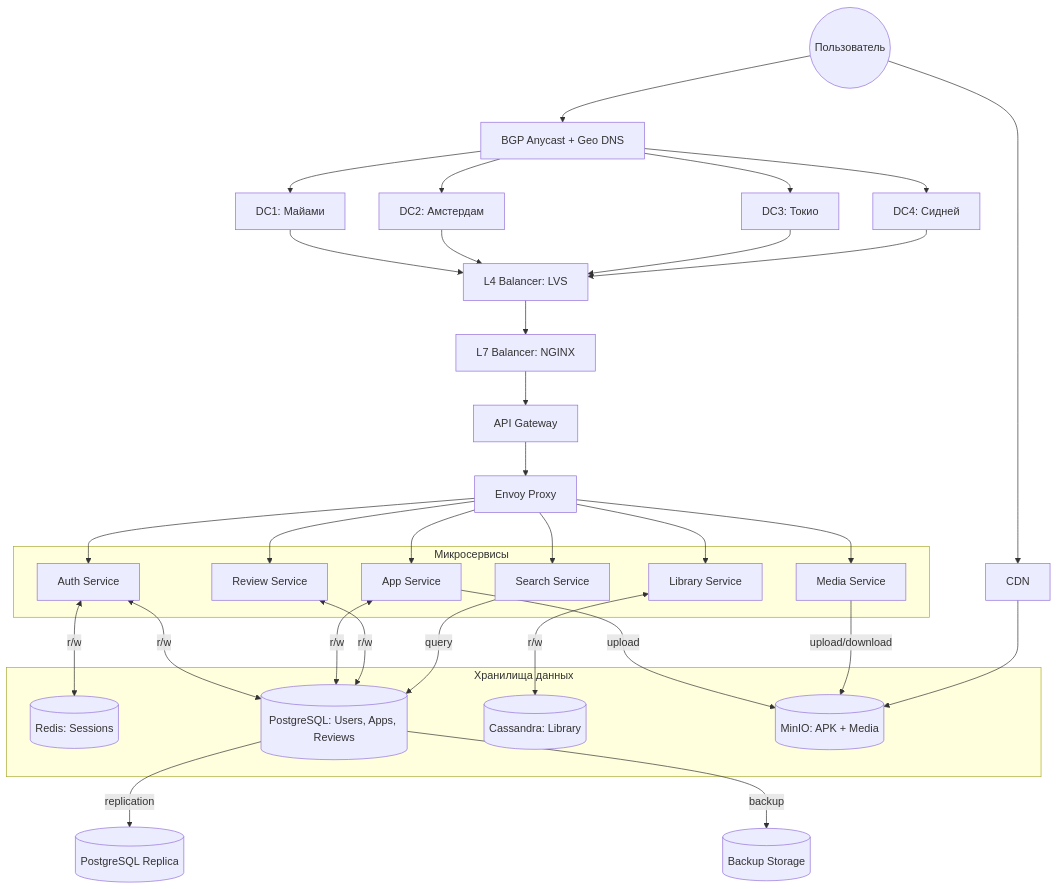
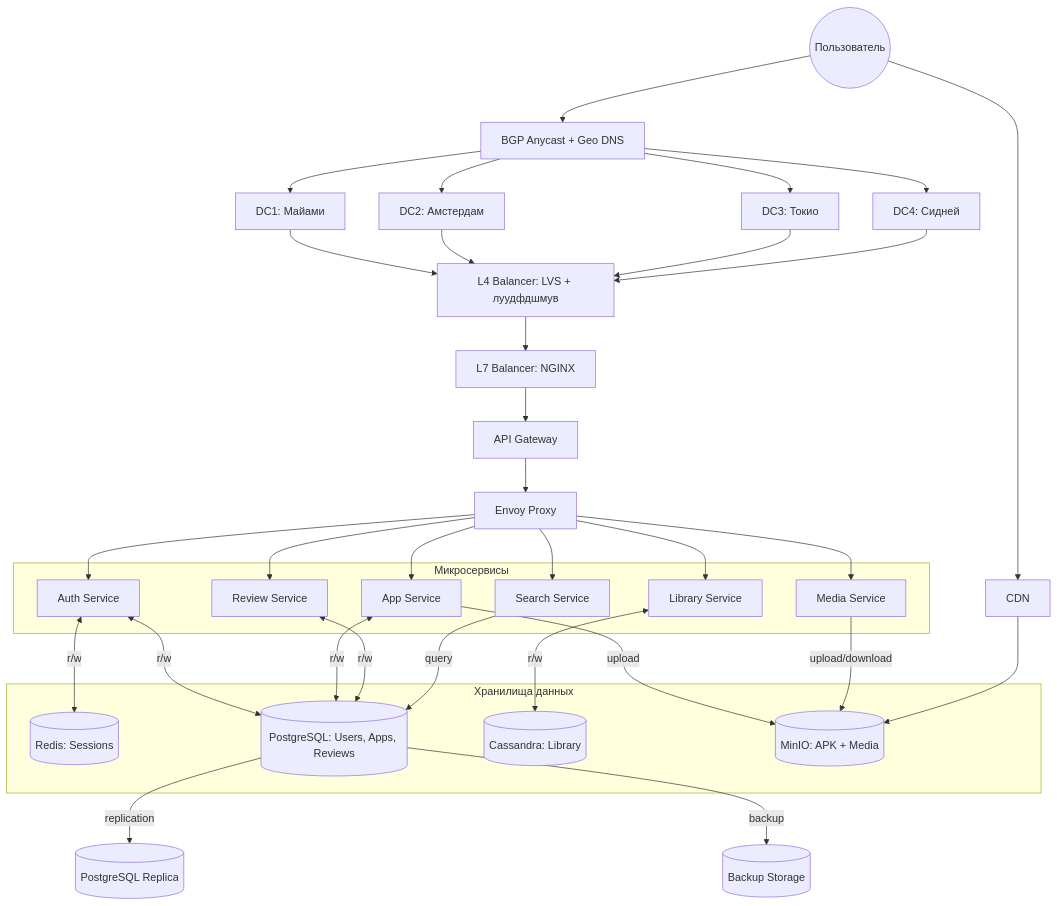
The diagram in README.md (Arbit02/vk_highload_2026), drawn with Mermaid before and after one commit.

````diff
--- a/README.md
+++ b/README.md
@@ -299,72 +299,72 @@
 ```mermaid
 graph TD
 
 %% ================= Глобальный уровень =================
 User((Пользователь)) --> Anycast[BGP Anycast + Geo DNS]
 
 Anycast --> DC1[DC1: Майами]
 Anycast --> DC2[DC2: Амстердам]
 Anycast --> DC3[DC3: Токио]
 Anycast --> DC4[DC4: Сидней]
 
 %% ================= Вход в ДЦ =================
-DC1 & DC2 & DC3 & DC4 --> L4[L4 Balancer: LVS]
+DC1 & DC2 & DC3 & DC4 --> L4[L4 Balancer: LVS + луудфдшмув]
 L4 --> L7[L7 Balancer: NGINX]
 L7 --> Gateway[API Gateway]
 Gateway --> Envoy[Envoy Proxy]
 
 %% ================= Микросервисы =================
 subgraph "Микросервисы"
     AuthS[Auth Service]
     AppS[App Service]
     SearchS[Search Service]
     ReviewS[Review Service]
     LibraryS[Library Service]
     MediaS[Media Service]
 end
 
 %% ================= Хранилища =================
 subgraph "Хранилища данных"
     Redis[(Redis: Sessions)]
     Postgres[(PostgreSQL: Users, Apps, Reviews)]
     Cassandra[(Cassandra: Library)]
     MinIO[(MinIO: APK + Media)]
 end
 
 %% ================= Потоки =================
 
 Envoy --> AuthS
 Envoy --> AppS
 Envoy --> SearchS
 Envoy --> ReviewS
 Envoy --> LibraryS
 Envoy --> MediaS
 
 %% Auth
 AuthS <--> |r/w| Redis
 AuthS <--> |r/w| Postgres
 
 %% Apps
 AppS <--> |r/w| Postgres
 AppS --> |upload| MinIO
 
 %% Reviews
 ReviewS <--> |r/w| Postgres
 
 %% Library
 LibraryS <--> |r/w| Cassandra
 
 %% Media
 MediaS --> |upload/download| MinIO
 
 %% Search (упрощенный, без ES)
 SearchS --> |query| Postgres
 
 %% Репликации и бэкапы
 Postgres --> |replication| PostgresReplica[(PostgreSQL Replica)]
 Postgres --> |backup| Backup[(Backup Storage)]
 
 %% CDN / Static
 User --> CDN[CDN]
 CDN --> MinIO
 ```
````
